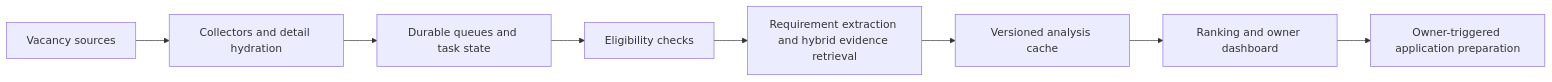
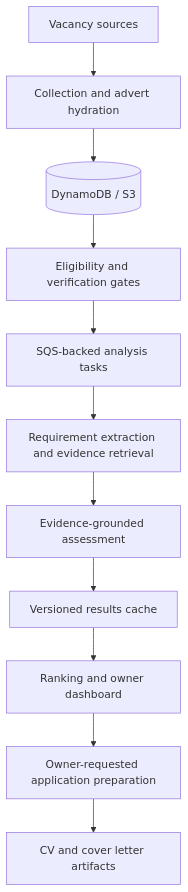
The diagram in README.md (8ehrad/career-agent-portfolio), drawn with Mermaid before and after one commit. The commit also changed other lines of this file, not shown here.

Commit message:
docs: showcase Career Agent architecture, reliability and evidence-grounded matching

````diff
--- a/README.md
+++ b/README.md
@@ -41,10 +24,13 @@
 ```mermaid
-flowchart LR
-  Sources[Vacancy sources] --> Collection[Collectors and detail hydration]
-  Collection --> Tasks[Durable queues and task state]
-  Tasks --> Gates[Eligibility checks]
-  Gates --> Matching[Requirement extraction and hybrid evidence retrieval]
-  Matching --> Cache[Versioned analysis cache]
-  Cache --> Results[Ranking and owner dashboard]
-  Results --> Prepare[Owner-triggered application preparation]
+flowchart TD
+    Sources[Vacancy sources] --> Collect[Collection and advert hydration]
+    Collect --> Store[(DynamoDB / S3)]
+    Store --> Gates[Eligibility and verification gates]
+    Gates --> Tasks[SQS-backed analysis tasks]
+    Tasks --> Matching[Requirement extraction and evidence retrieval]
+    Matching --> Review[Evidence-grounded assessment]
+    Review --> Cache[Versioned results cache]
+    Cache --> Rank[Ranking and owner dashboard]
+    Rank --> Prepare[Owner-requested application preparation]
+    Prepare --> Pack[CV and cover letter artifacts]
 ```
````
